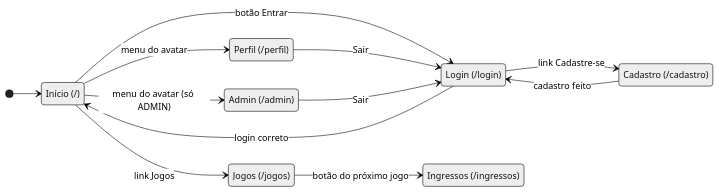
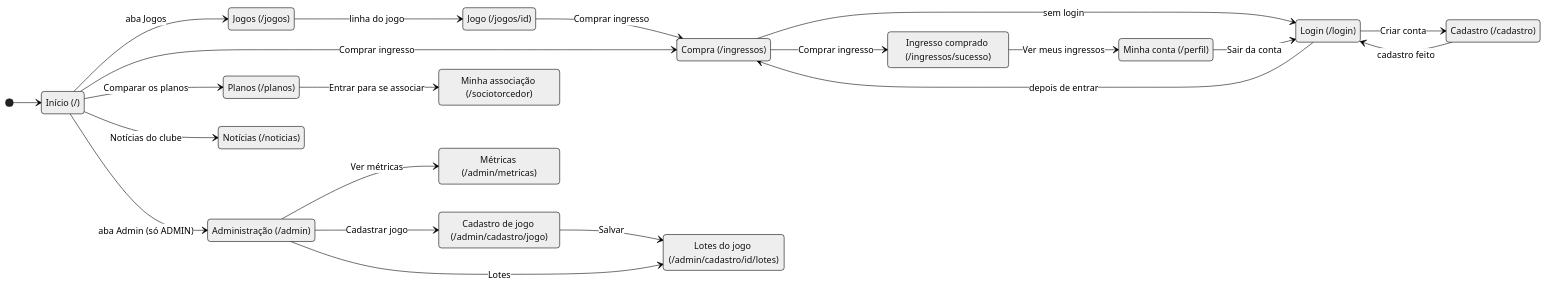
One commit to OlavoAppel/LPOO-Gestao-Socio-Torcedores changed the diagram in docs/diagramas/navegacao-pt.mmd. Above: the diagram before and after it, drawn with Mermaid (neutral theme). The commit also changed 91 other files, not shown here.

```diff
--- a/docs/diagramas/navegacao-pt.mmd
+++ b/docs/diagramas/navegacao-pt.mmd
@@ -1,20 +1,37 @@
 stateDiagram-v2
 direction LR
 state "Início (/)" as Inicio
+state "Jogos (/jogos)" as Jogos
+state "Jogo (/jogos/id)" as Jogo
+state "Compra (/ingressos)" as Compra
+state "Ingresso comprado (/ingressos/sucesso)" as Sucesso
+state "Planos (/planos)" as Planos
+state "Minha associação (/sociotorcedor)" as Socio
+state "Minha conta (/perfil)" as Perfil
+state "Notícias (/noticias)" as Noticias
 state "Login (/login)" as Login
 state "Cadastro (/cadastro)" as Cadastro
-state "Jogos (/jogos)" as Jogos
-state "Ingressos (/ingressos)" as Ingressos
-state "Perfil (/perfil)" as Perfil
-state "Admin (/admin)" as Admin
+state "Administração (/admin)" as Admin
+state "Métricas (/admin/metricas)" as Metricas
+state "Cadastro de jogo (/admin/cadastro/jogo)" as NovoJogo
+state "Lotes do jogo (/admin/cadastro/id/lotes)" as Lotes
 [*] --> Inicio
-Inicio --> Login : botão Entrar
-Login --> Cadastro : link Cadastre-se
+Inicio --> Jogos : aba Jogos
+Inicio --> Compra : Comprar ingresso
+Jogos --> Jogo : linha do jogo
+Jogo --> Compra : Comprar ingresso
+Compra --> Login : sem login
+Login --> Compra : depois de entrar
+Compra --> Sucesso : Comprar ingresso
+Sucesso --> Perfil : Ver meus ingressos
+Inicio --> Planos : Comparar os planos
+Planos --> Socio : Entrar para se associar
+Inicio --> Noticias : Notícias do clube
+Login --> Cadastro : Criar conta
 Cadastro --> Login : cadastro feito
-Login --> Inicio : login correto
-Inicio --> Jogos : link Jogos
-Jogos --> Ingressos : botão do próximo jogo
-Inicio --> Perfil : menu do avatar
-Inicio --> Admin : menu do avatar (só ADMIN)
-Perfil --> Login : Sair
-Admin --> Login : Sair
+Perfil --> Login : Sair da conta
+Inicio --> Admin : aba Admin (só ADMIN)
+Admin --> Metricas : Ver métricas
+Admin --> NovoJogo : Cadastrar jogo
+NovoJogo --> Lotes : Salvar
+Admin --> Lotes : Lotes
```
